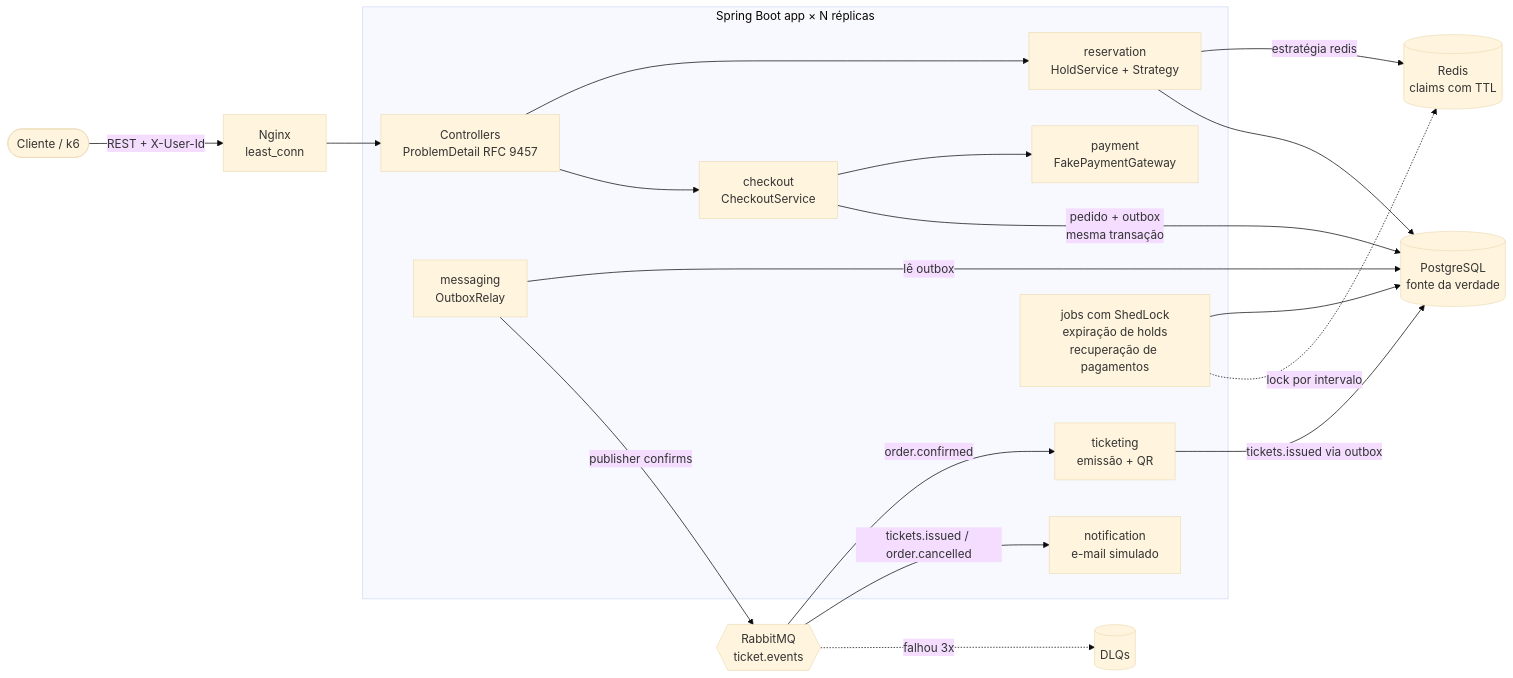
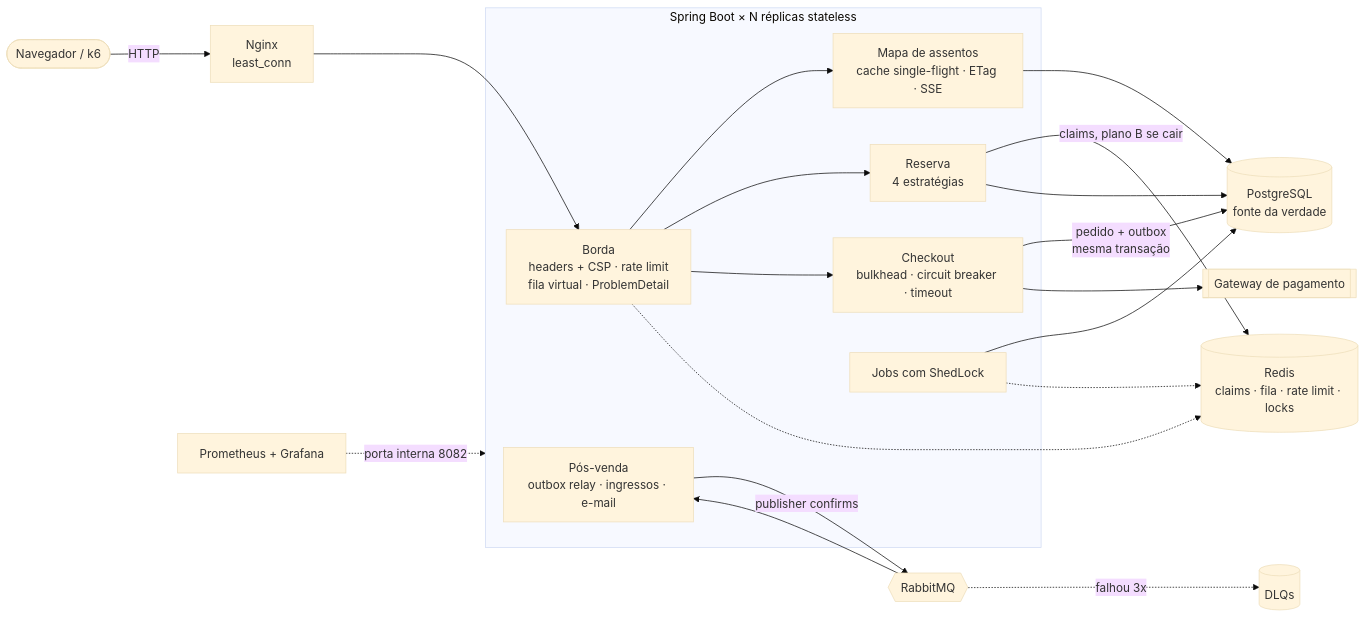
One commit to Thg1zZ/TicketSystem changed the first of 2 diagrams in README.md. Above: the diagram before and after it, drawn with Mermaid (base theme). The commit also changed other lines of this file, not shown here.

````diff
--- a/README.md
+++ b/README.md
@@ -58,31 +61,30 @@
 ```mermaid
 flowchart LR
-    client([Cliente / k6]) -->|REST + X-User-Id| lb[Nginx<br/>least_conn]
-    lb --> api
+    client([Navegador / k6]) -->|HTTP| lb[Nginx<br/>least_conn]
+    lb --> edge
 
-    subgraph app[Spring Boot app × N réplicas]
-        api[Controllers<br/>ProblemDetail RFC 9457]
-        hold[reservation<br/>HoldService + Strategy]
-        checkout[checkout<br/>CheckoutService]
-        gateway[payment<br/>FakePaymentGateway]
-        relay[messaging<br/>OutboxRelay]
-        ticketing[ticketing<br/>emissão + QR]
-        notify[notification<br/>e-mail simulado]
-        jobs[jobs com ShedLock<br/>expiração de holds<br/>recuperação de pagamentos]
+    subgraph app[Spring Boot × N réplicas stateless]
+        edge[Borda<br/>headers + CSP · rate limit<br/>fila virtual · ProblemDetail]
+        read[Mapa de assentos<br/>cache single-flight · ETag · SSE]
+        hold[Reserva<br/>4 estratégias]
+        checkout[Checkout<br/>bulkhead · circuit breaker · timeout]
+        post[Pós-venda<br/>outbox relay · ingressos · e-mail]
+        jobs[Jobs com ShedLock]
     end
 
-    api --> hold
-    api --> checkout
-    checkout --> gateway
-    hold -->|estratégia redis| redis[(Redis<br/>claims com TTL)]
+    edge --> read
+    edge --> hold
+    edge --> checkout
+    hold -->|claims, plano B se cair| redis[(Redis<br/>claims · fila · rate limit · locks)]
+    edge -.-> redis
     hold --> pg[(PostgreSQL<br/>fonte da verdade)]
+    read --> pg
     checkout -->|pedido + outbox<br/>mesma transação| pg
-    relay -->|lê outbox| pg
-    relay -->|publisher confirms| mq{{RabbitMQ<br/>ticket.events}}
-    mq -->|order.confirmed| ticketing
-    ticketing -->|tickets.issued via outbox| pg
-    mq -->|tickets.issued / order.cancelled| notify
+    checkout --> gw[[Gateway de pagamento]]
+    post -->|publisher confirms| mq{{RabbitMQ}}
+    mq --> post
     mq -.->|falhou 3x| dlq[(DLQs)]
     jobs --> pg
-    jobs -.->|lock por intervalo| redis
+    jobs -.-> redis
+    prom[Prometheus + Grafana] -.->|porta interna 8082| app
 ```
````
